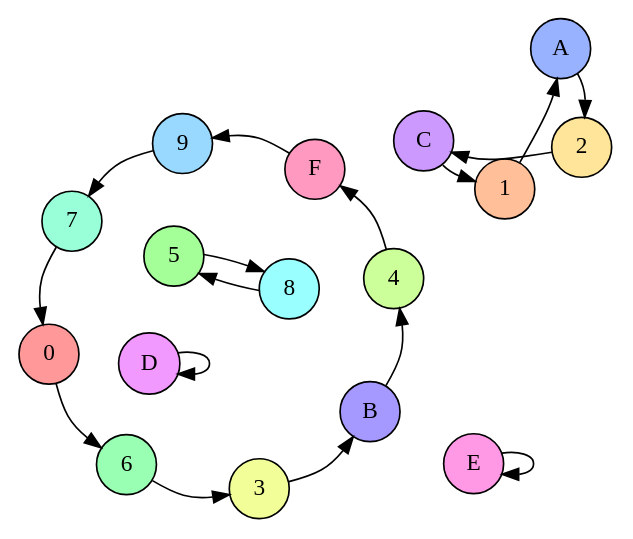
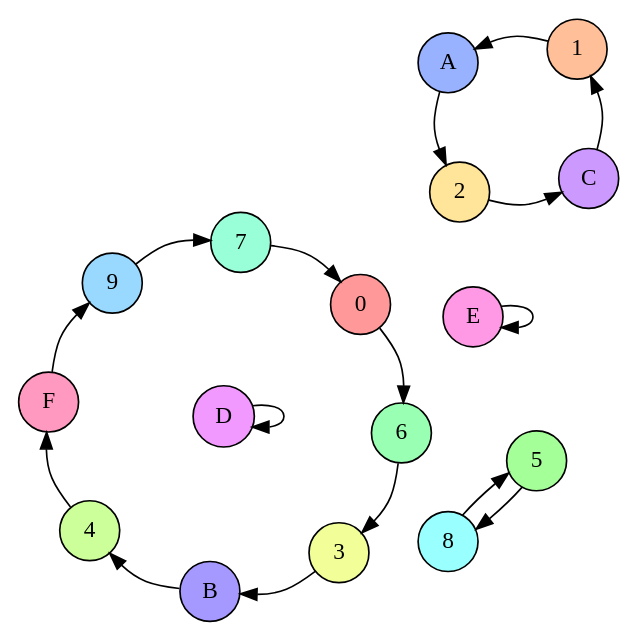
The diagram in Illustrations/BlockCipher/Encryption2.dot (crypto101/book), drawn with Graphviz before and after one commit. The commit also changed 1 other file, not shown here.

```diff
--- a/Illustrations/BlockCipher/Encryption2.dot
+++ b/Illustrations/BlockCipher/Encryption2.dot
@@ -1,8 +1,8 @@
 
 digraph G {
-    graph [splines=curved; layout=neato; start=5; epsilon=0.001];
+    graph [splines=curved; layout=neato; start=95; epsilon=0.001];
     node [style=filled, shape=circle];
     edge [];
     0 [fillcolor="0.0 0.4 1"]; 1 [fillcolor="0.0625 0.4 1"]; 2 [fillcolor="0.125 0.4 1"]; 3 [fillcolor="0.1875 0.4 1"]; 4 [fillcolor="0.25 0.4 1"]; 5 [fillcolor="0.3125 0.4 1"]; 6 [fillcolor="0.375 0.4 1"]; 7 [fillcolor="0.4375 0.4 1"]; 8 [fillcolor="0.5 0.4 1"]; 9 [fillcolor="0.5625 0.4 1"]; A [fillcolor="0.625 0.4 1"]; B [fillcolor="0.6875 0.4 1"]; C [fillcolor="0.75 0.4 1"]; D [fillcolor="0.8125 0.4 1"]; E [fillcolor="0.875 0.4 1"]; F [fillcolor="0.9375 0.4 1"];
     7 -> 0; C -> 1; A -> 2; 6 -> 3; B -> 4; 8 -> 5; 0 -> 6; 9 -> 7; 5 -> 8; F -> 9; 1 -> A; 3 -> B; 2 -> C; D -> D; E -> E; 4 -> F;
 }
```
